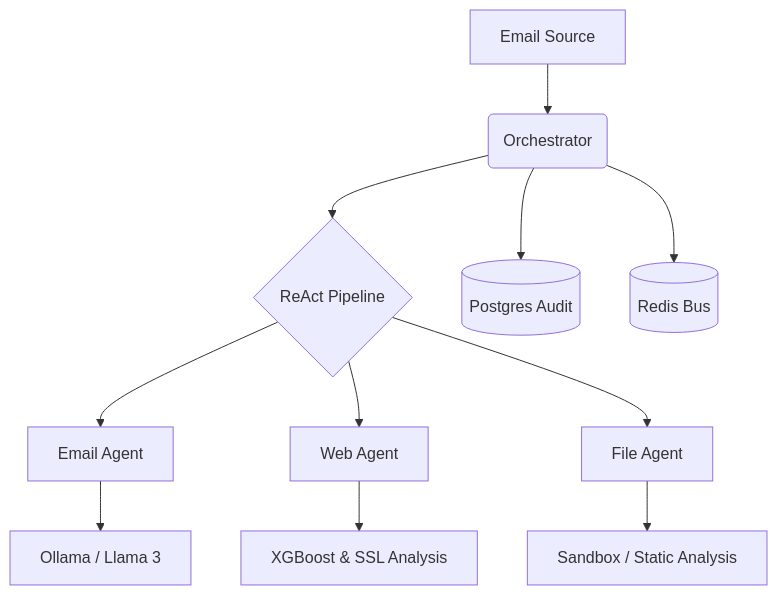
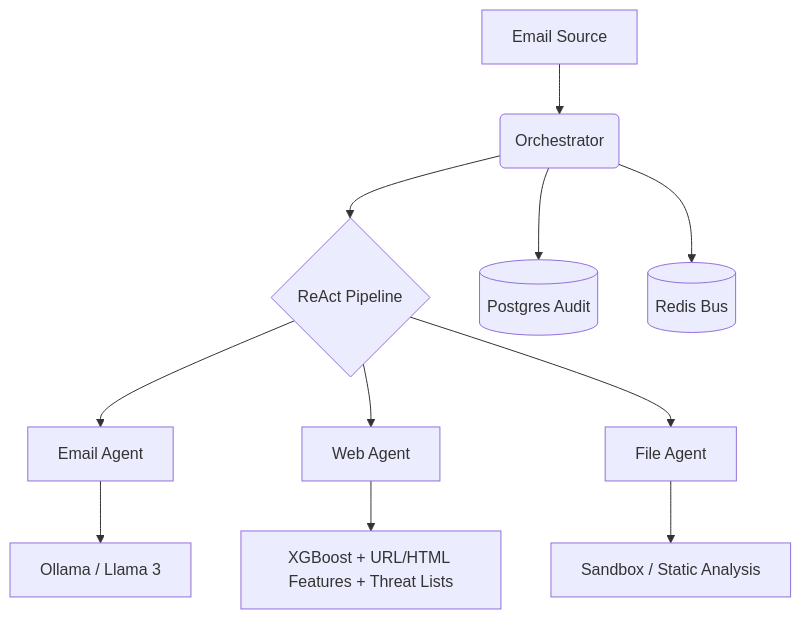
Before and after one commit to mychillingorganization/SecureMail: the diagram in README.md, drawn with Mermaid. The commit also changed other lines of this file and 1 other file, not shown here.

Commit message:
docs: Update README to enhance Web Agent description and clarify threat list operations

````diff
--- a/README.md
+++ b/README.md
@@ -13,13 +13,13 @@
 ```mermaid
 graph TD
     A[Email Source] --> B(Orchestrator)
     B --> C{ReAct Pipeline}
     C --> D[Email Agent]
     C --> E[Web Agent]
     C --> F[File Agent]
     D --> G[Ollama / Llama 3]
-    E --> H[XGBoost & SSL Analysis]
+   E --> H[XGBoost + URL/HTML Features + Threat Lists]
     F --> I[Sandbox / Static Analysis]
     B --> J[(Postgres Audit)]
     B --> K[(Redis Bus)]
 ```
````
